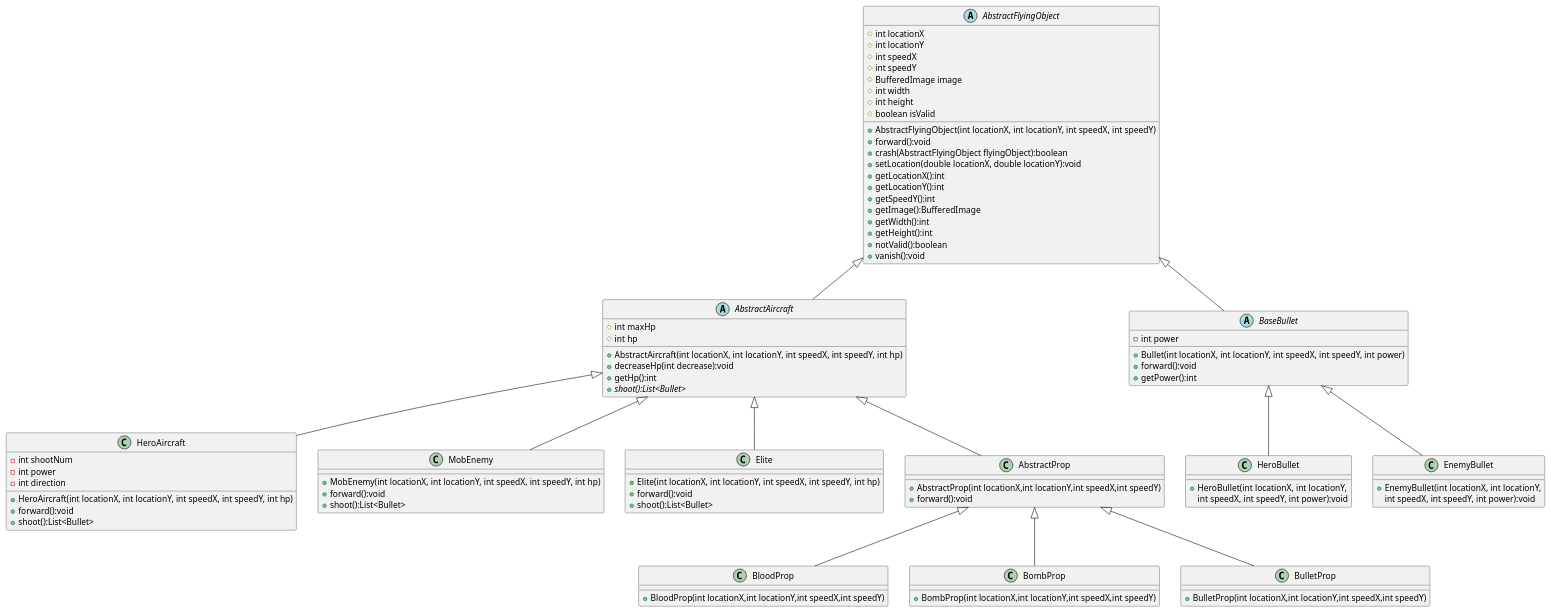
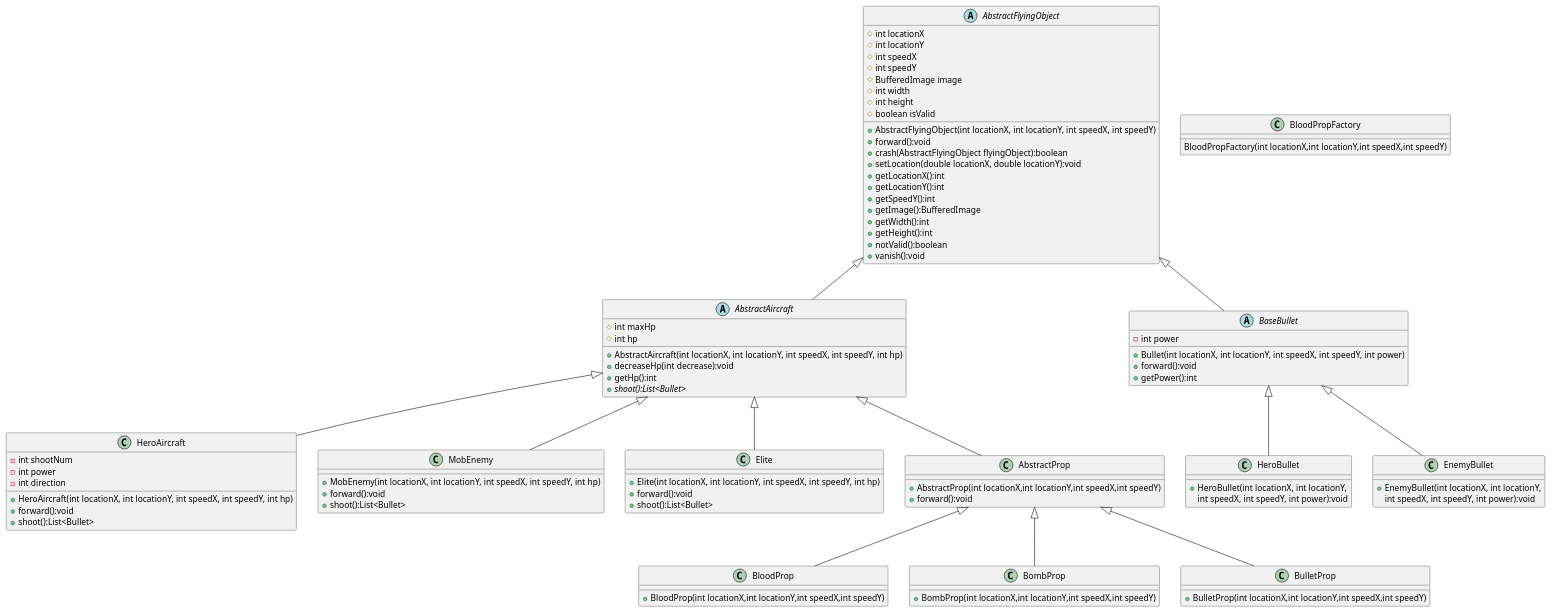
The diagram in uml/Inheritence.puml (HopleViorn/AircraftWar), drawn with PlantUML before and after one commit.

```diff
--- a/uml/Inheritence.puml
+++ b/uml/Inheritence.puml
@@ -1,107 +1,111 @@
 @startuml
 'https://plantuml.com/class-diagram
 
 abstract class AbstractFlyingObject
 {
     # int locationX
     # int locationY
     # int speedX
     # int speedY
     # BufferedImage image
     # int width
     # int height
     # boolean isValid
 
     + AbstractFlyingObject(int locationX, int locationY, int speedX, int speedY)
     + forward():void
     + crash(AbstractFlyingObject flyingObject):boolean
     + setLocation(double locationX, double locationY):void
     + getLocationX():int
     + getLocationY():int
     + getSpeedY():int
     + getImage():BufferedImage
     + getWidth():int
     + getHeight():int
     + notValid():boolean
     + vanish():void
 }
 abstract class AbstractAircraft
 {
 	# int maxHp
     # int hp
     + AbstractAircraft(int locationX, int locationY, int speedX, int speedY, int hp)
     + decreaseHp(int decrease):void
     + getHp():int
     + {abstract} shoot():List<Bullet>
  }
 
 abstract class BaseBullet
 {
     - int power
     + Bullet(int locationX, int locationY, int speedX, int speedY, int power)
     + forward():void
 	+ getPower():int
 }
 
 AbstractFlyingObject <|-- AbstractAircraft
 AbstractFlyingObject <|-- BaseBullet
 
 AbstractAircraft <|-- HeroAircraft
 AbstractAircraft <|-- MobEnemy
 AbstractAircraft <|-- Elite
 
 BaseBullet <|-- HeroBullet
 BaseBullet <|-- EnemyBullet
 
 class HeroAircraft {
     - int shootNum
     - int power
     - int direction
     + HeroAircraft(int locationX, int locationY, int speedX, int speedY, int hp)
     + forward():void
     + shoot():List<Bullet>
 }
 
 class MobEnemy {
     + MobEnemy(int locationX, int locationY, int speedX, int speedY, int hp)
     + forward():void
     + shoot():List<Bullet>
 }
 
 class Elite {
     + Elite(int locationX, int locationY, int speedX, int speedY, int hp)
     + forward():void
     + shoot():List<Bullet>
 }
 
 class HeroBullet {
     + HeroBullet(int locationX, int locationY,
      int speedX, int speedY, int power):void
 }
 
 class EnemyBullet {
     + EnemyBullet(int locationX, int locationY,
      int speedX, int speedY, int power):void
 }
 
 class AbstractProp{
     +AbstractProp(int locationX,int locationY,int speedX,int speedY)
     +forward():void
 }
 
 AbstractAircraft <|-- AbstractProp
 AbstractProp <|--BloodProp
 AbstractProp <|--BombProp
 AbstractProp <|--BulletProp
 
 class BloodProp{
     +BloodProp(int locationX,int locationY,int speedX,int speedY)
 }
 class BombProp{
     +BombProp(int locationX,int locationY,int speedX,int speedY)
 }
 class BulletProp{
      +BulletProp(int locationX,int locationY,int speedX,int speedY)
  }
 
+class BloodPropFactory{
+     BloodPropFactory(int locationX,int locationY,int speedX,int speedY)
+}
+
 @enduml
```
